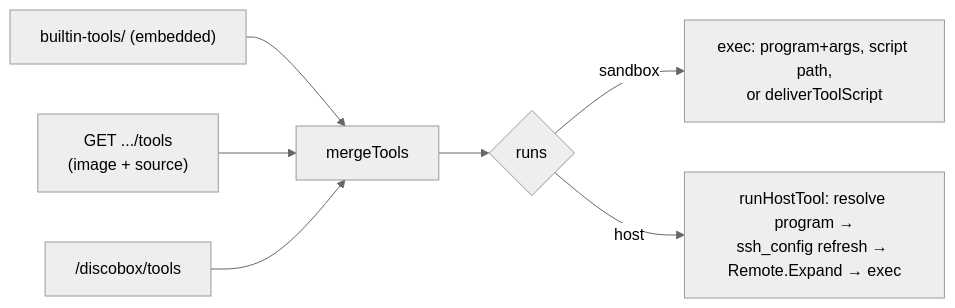
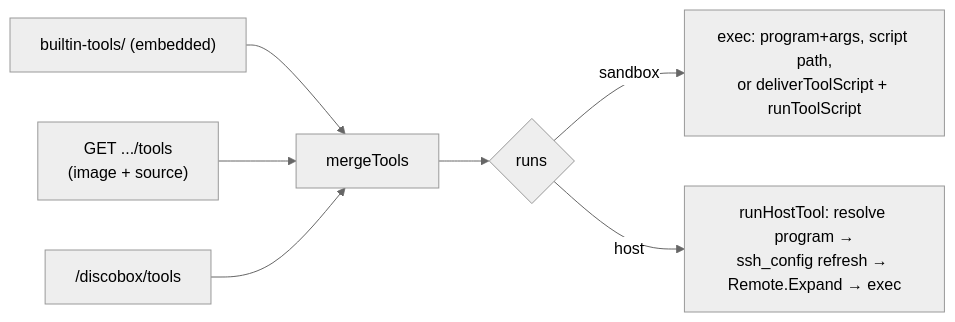
One commit to discobox-ai/discobox changed the diagram in cli/DESIGN.md. Above: the diagram before and after it, drawn with Mermaid (neutral theme). The commit also changed other lines of this file and 12 other files, not shown here.

````diff
--- a/cli/DESIGN.md
+++ b/cli/DESIGN.md
@@ -1184,9 +1186,9 @@
 ```mermaid
 flowchart LR
   B["builtin-tools/ (embedded)"] --> M[mergeTools]
   API["GET .../tools\n(image + source)"] --> M
   U["<config dir>/discobox/tools"] --> M
   M --> R{runs}
-  R -->|sandbox| X["exec: program+args, script path,\nor deliverToolScript"]
+  R -->|sandbox| X["exec: program+args, script path,\nor deliverToolScript + runToolScript"]
   R -->|host| H["runHostTool: resolve program →\nssh_config refresh → Remote.Expand → exec"]
 ```
````
